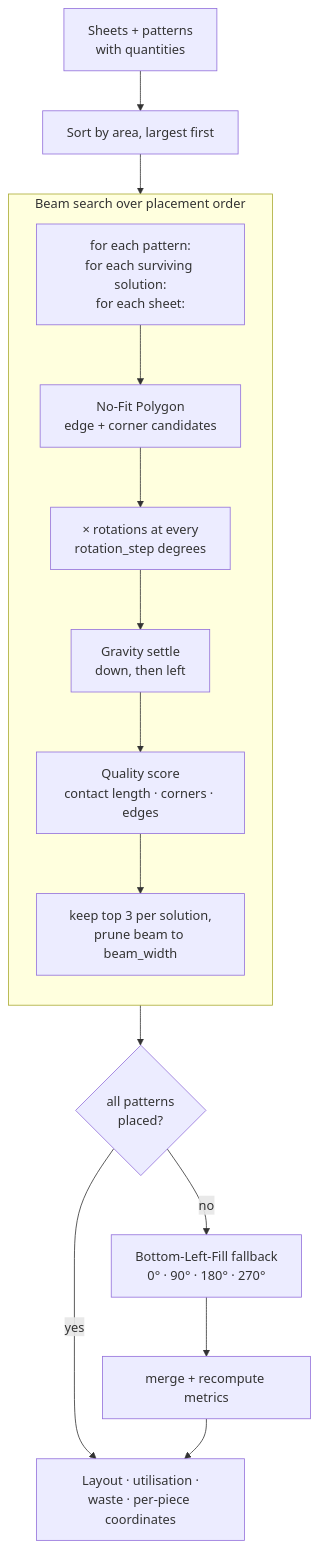
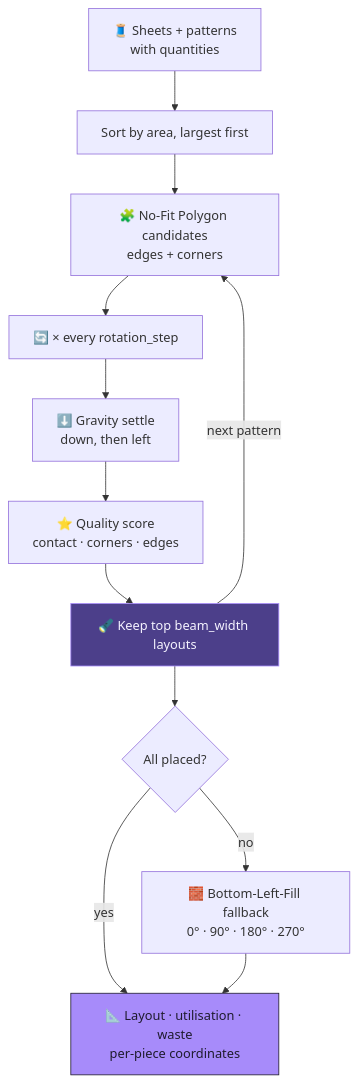
Before and after one commit to Vishal-AS-0407/portfolio: the diagram in gh-readmes/Clothcut/README.md, drawn with Mermaid. The commit also changed other lines of this file and 62 other files, not shown here.

````diff
--- a/gh-readmes/Clothcut/README.md
+++ b/gh-readmes/Clothcut/README.md
@@ -43,20 +83,16 @@
 ```mermaid
-flowchart TB
-    IN["Sheets + patterns<br/>with quantities"] --> SORT["Sort by area, largest first"]
-    SORT --> BEAM
-
-    subgraph BEAM["Beam search over placement order"]
-        direction TB
-        B1["for each pattern:<br/>for each surviving solution:<br/>for each sheet:"]
-        B1 --> NFP["No-Fit Polygon<br/>edge + corner candidates"]
-        NFP --> ROT["× rotations at every<br/>rotation_step degrees"]
-        ROT --> GRAV["Gravity settle<br/>down, then left"]
-        GRAV --> SCORE["Quality score<br/>contact length · corners · edges"]
-        SCORE --> KEEP["keep top 3 per solution,<br/>prune beam to beam_width"]
-    end
-
-    BEAM --> CHECK{"all patterns<br/>placed?"}
-    CHECK -->|yes| OUT
-    CHECK -->|no| BLF["Bottom-Left-Fill fallback<br/>0° · 90° · 180° · 270°"]
-    BLF --> MERGE["merge + recompute metrics"] --> OUT["Layout · utilisation ·<br/>waste · per-piece coordinates"]
+flowchart TD
+    IN["🧵 Sheets + patterns<br/>with quantities"] --> SORT["Sort by area, largest first"]
+    SORT --> NFP["🧩 No-Fit Polygon candidates<br/>edges + corners"]
+    NFP --> ROT["🔄 × every rotation_step"]
+    ROT --> GRAV["⬇️ Gravity settle<br/>down, then left"]
+    GRAV --> SCORE["⭐ Quality score<br/>contact · corners · edges"]
+    SCORE --> KEEP["🔦 Keep top beam_width layouts"]
+    KEEP -->|next pattern| NFP
+    KEEP --> CHECK{"All placed?"}
+    CHECK -->|yes| OUT["📐 Layout · utilisation · waste<br/>per-piece coordinates"]
+    CHECK -->|no| BLF["🧱 Bottom-Left-Fill fallback<br/>0° · 90° · 180° · 270°"]
+    BLF --> OUT
+    style KEEP fill:#4C3F8A,stroke:#A78BFA,color:#F5F3FF
+    style OUT fill:#A78BFA,stroke:#1F1B2E,color:#1F1B2E
 ```
````
